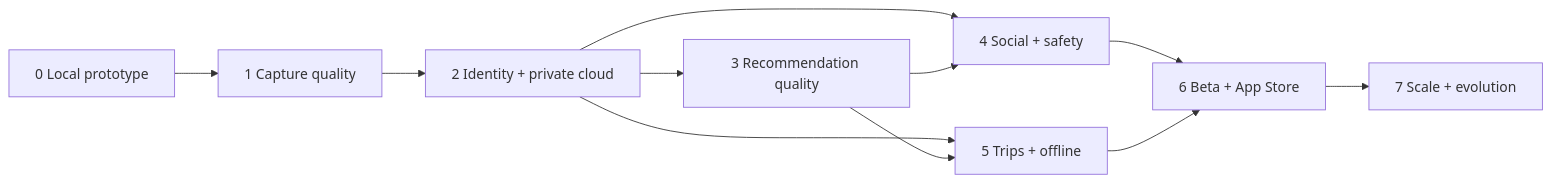
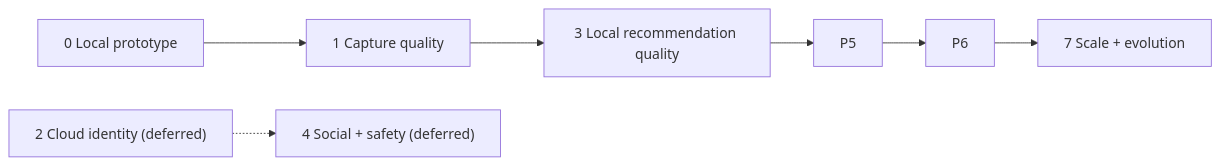
The diagram in docs/ROADMAP.md (mkodithuwakku/myCloset), drawn with Mermaid before and after one commit. The commit also changed other lines of this file and 26 other files, not shown here.

Commit message:
Adopt zero-backend App Store plan

````diff
--- a/docs/ROADMAP.md
+++ b/docs/ROADMAP.md
@@ -48,13 +48,9 @@
 ```mermaid
 flowchart LR
     P0["0 Local prototype"] --> P1["1 Capture quality"]
-    P1 --> P2["2 Identity + private cloud"]
-    P2 --> P3["3 Recommendation quality"]
-    P2 --> P4["4 Social + safety"]
-    P3 --> P4
-    P2 --> P5["5 Trips + offline"]
+    P1 --> P3["3 Local recommendation quality"]
     P3 --> P5
-    P4 --> P6["6 Beta + App Store"]
     P5 --> P6
     P6 --> P7["7 Scale + evolution"]
+    P2["2 Cloud identity (deferred)"] -.-> P4["4 Social + safety (deferred)"]
 ```
````
